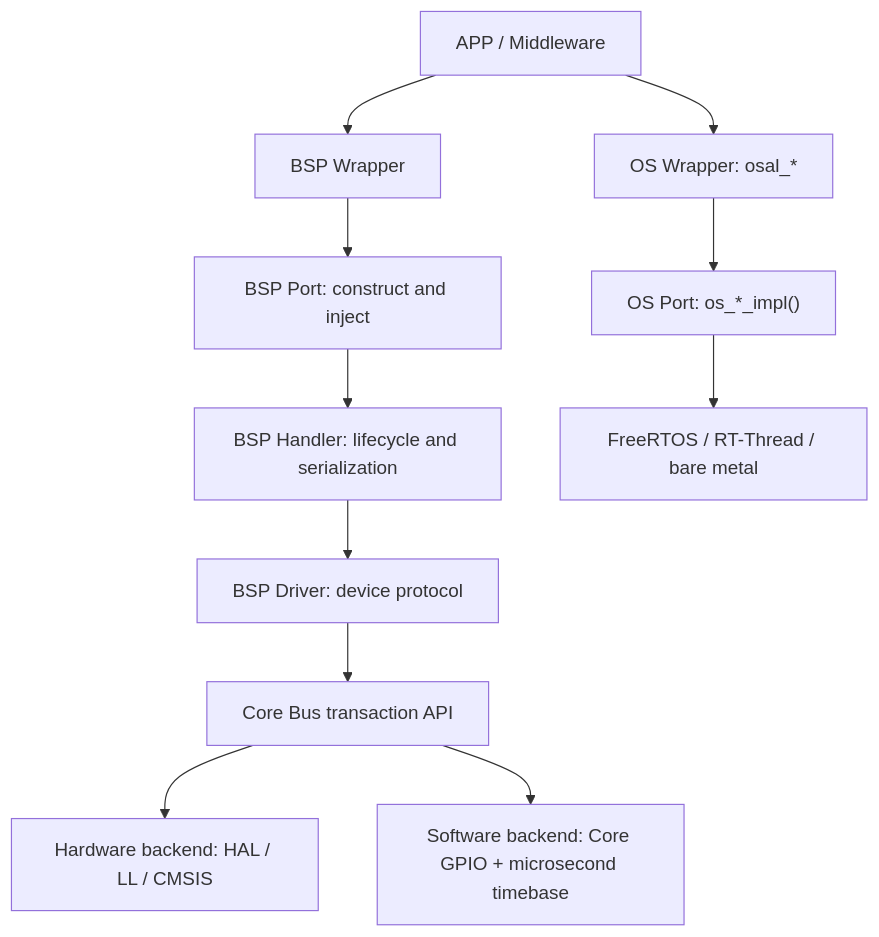
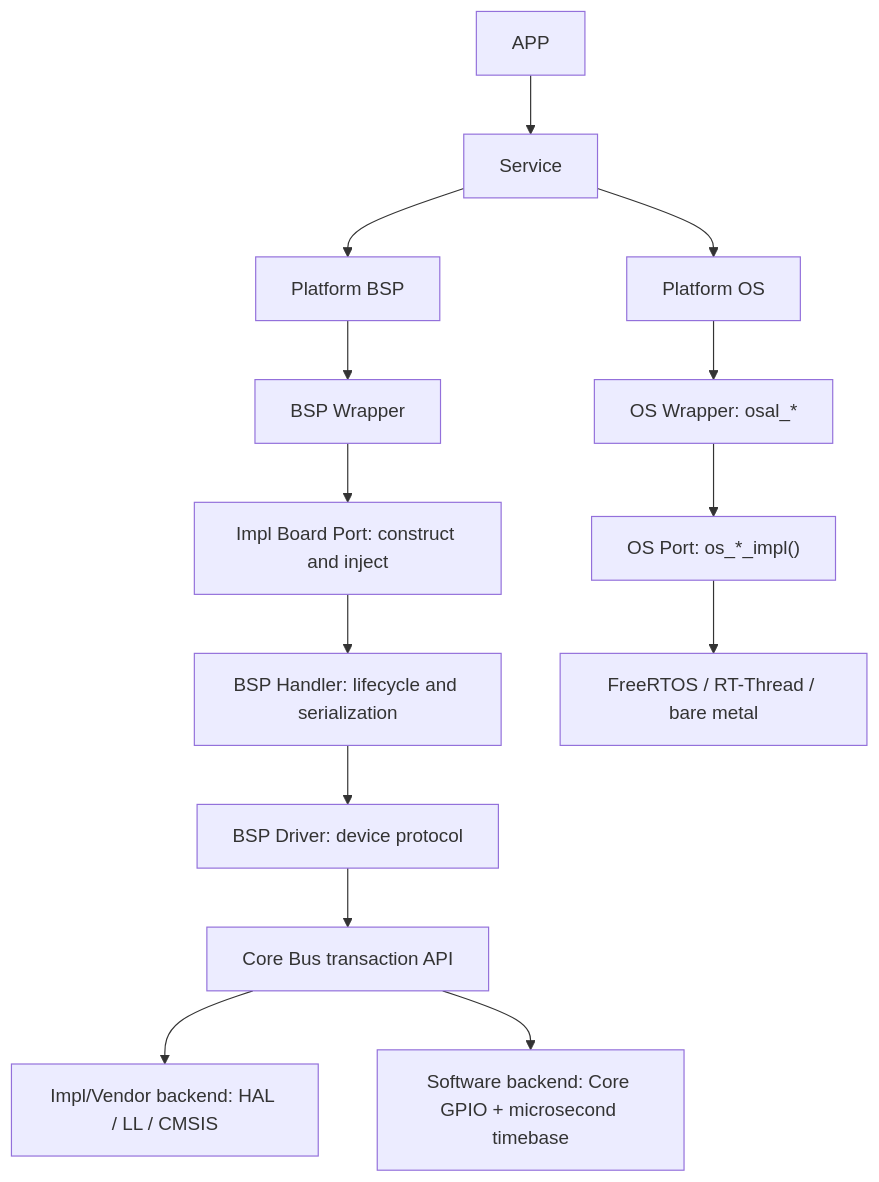
One commit to shuai-yemao/mcu-workbench changed the diagram in skills/workflow/workflow-review-gate/references/ec-s100-architecture-audit.md. Above: the diagram before and after it, drawn with Mermaid. The commit also changed 22 other files, not shown here.

Commit message:
docs(architecture): 统一嵌入式插件调用链

````diff
--- a/skills/workflow/workflow-review-gate/references/ec-s100-architecture-audit.md
+++ b/skills/workflow/workflow-review-gate/references/ec-s100-architecture-audit.md
@@ -54,13 +54,16 @@
 ```mermaid
 flowchart TD
-    APP["APP / Middleware"] --> BW["BSP Wrapper"]
-    BW --> BP["BSP Port: construct and inject"]
+    APP["APP"] --> SERVICE["Service"]
+    SERVICE --> PB["Platform BSP"]
+    PB --> BW["BSP Wrapper"]
+    BW --> BP["Impl Board Port: construct and inject"]
     BP --> BH["BSP Handler: lifecycle and serialization"]
     BH --> BD["BSP Driver: device protocol"]
     BD --> CB["Core Bus transaction API"]
-    CB --> HW["Hardware backend: HAL / LL / CMSIS"]
+    CB --> HW["Impl/Vendor backend: HAL / LL / CMSIS"]
     CB --> SW["Software backend: Core GPIO + microsecond timebase"]
-    APP --> OW["OS Wrapper: osal_*"]
+    SERVICE --> PO["Platform OS"]
+    PO --> OW["OS Wrapper: osal_*"]
     OW --> OP["OS Port: os_*_impl()"]
     OP --> RTOS["FreeRTOS / RT-Thread / bare metal"]
 ```
````
